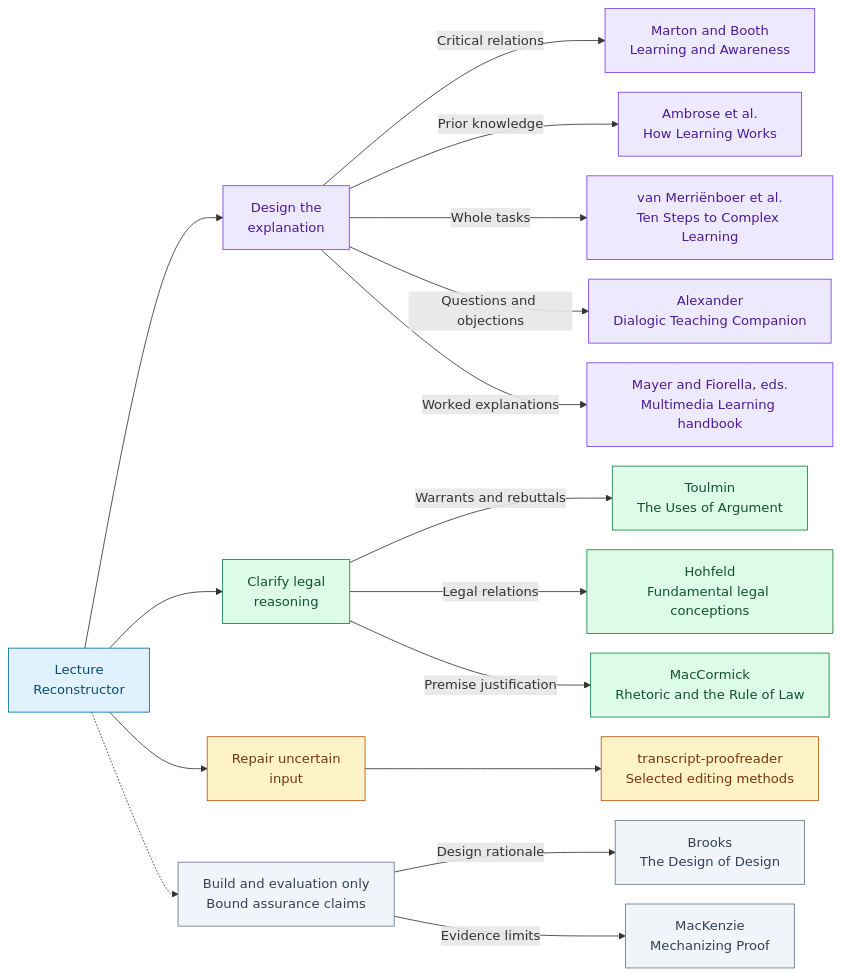
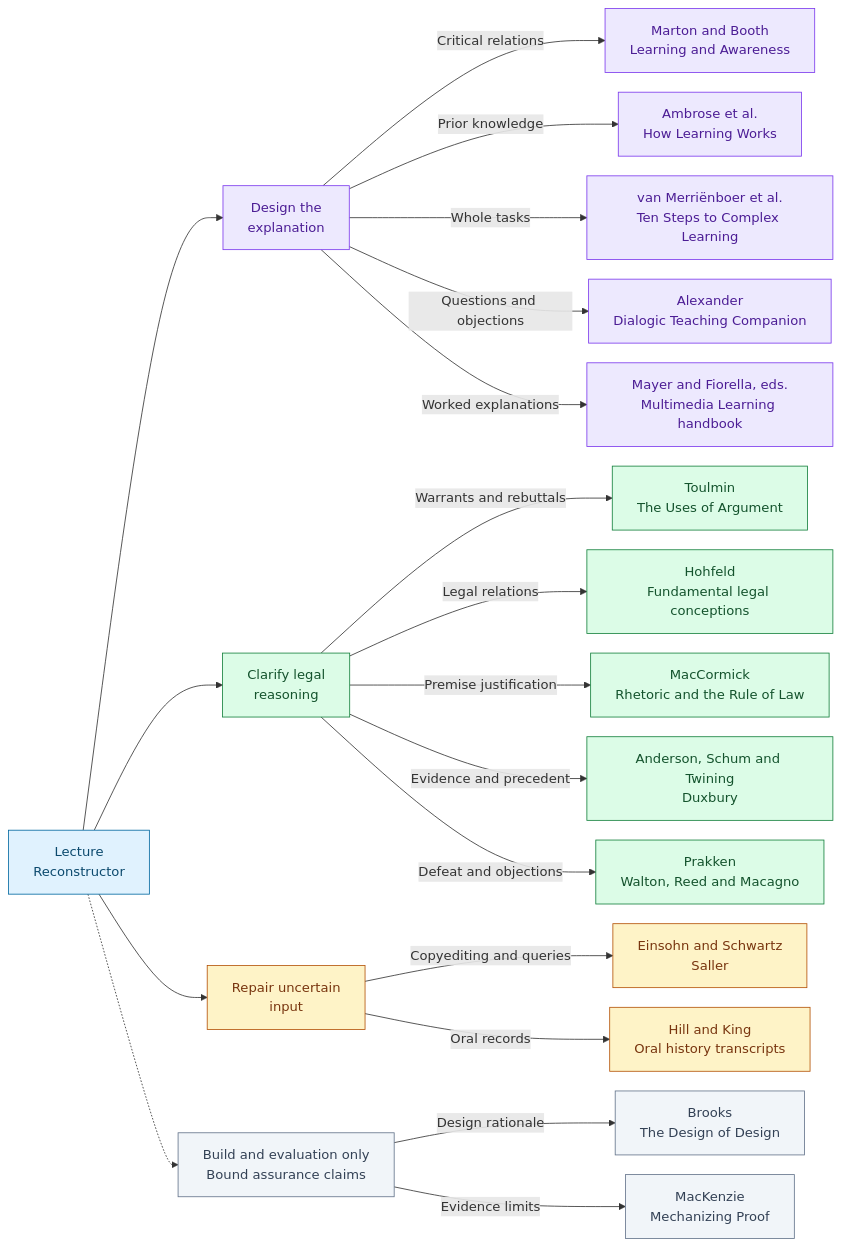
The third of 3 diagrams in README.md (ariel-lee-1023/Lecture-Reconstructor), drawn with Mermaid before and after one commit. The commit also changed other lines of this file and 67 other files, not shown here.

````diff
--- a/README.md
+++ b/README.md
@@ -184,39 +191,42 @@
 ```mermaid
 ---
 config:
   look: classic
   flowchart:
     wrappingWidth: 240
     rankSpacing: 35
     nodeSpacing: 24
 ---
 flowchart LR
     accTitle: Sources grouped by their contribution
     accDescr: Teaching, legal reasoning, optional transcript repair, and engineering assurance have distinct source responsibilities.
     core["Lecture<br/>Reconstructor"] --> teaching["Design the<br/>explanation"]
     core --> law["Clarify legal<br/>reasoning"]
     core --> repair["Repair uncertain<br/>input"]
     core -.-> engineering["Build and evaluation only<br/>Bound assurance claims"]
     teaching -->|Critical relations| awareness["Marton and Booth<br/>Learning and Awareness"]
     teaching -->|Prior knowledge| learning["Ambrose et al.<br/>How Learning Works"]
     teaching -->|Whole tasks| complex["van Merriënboer et al.<br/>Ten Steps to Complex Learning"]
     teaching -->|Questions and objections| dialogic["Alexander<br/>Dialogic Teaching Companion"]
     teaching -->|Worked explanations| multimedia["Mayer and Fiorella, eds.<br/>Multimedia Learning handbook"]
     law -->|Warrants and rebuttals| toulmin["Toulmin<br/>The Uses of Argument"]
     law -->|Legal relations| hohfeld["Hohfeld<br/>Fundamental legal conceptions"]
     law -->|Premise justification| maccormick["MacCormick<br/>Rhetoric and the Rule of Law"]
-    repair --> proofreader["transcript-proofreader<br/>Selected editing methods"]
+    law -->|Evidence and precedent| proofcase["Anderson, Schum and Twining<br/>Duxbury"]
+    law -->|Defeat and objections| rebuttal["Prakken<br/>Walton, Reed and Macagno"]
+    repair -->|Copyediting and queries| editing["Einsohn and Schwartz<br/>Saller"]
+    repair -->|Oral records| oral["Hill and King<br/>Oral history transcripts"]
     engineering -->|Design rationale| design["Brooks<br/>The Design of Design"]
     engineering -->|Evidence limits| proof["MacKenzie<br/>Mechanizing Proof"]
 
     classDef entry fill:#e0f2fe,stroke:#0369a1,color:#0c4a6e
     classDef teachingGroup fill:#ede9fe,stroke:#7c3aed,color:#4c1d95
     classDef lawGroup fill:#dcfce7,stroke:#15803d,color:#14532d
     classDef repairGroup fill:#fef3c7,stroke:#b45309,color:#78350f
     classDef engineeringGroup fill:#f1f5f9,stroke:#64748b,color:#334155
     class core entry
     class teaching,awareness,learning,complex,dialogic,multimedia teachingGroup
-    class law,toulmin,hohfeld,maccormick lawGroup
-    class repair,proofreader repairGroup
+    class law,toulmin,hohfeld,maccormick,proofcase,rebuttal lawGroup
+    class repair,editing,oral repairGroup
     class engineering,design,proof engineeringGroup
 ```
````
